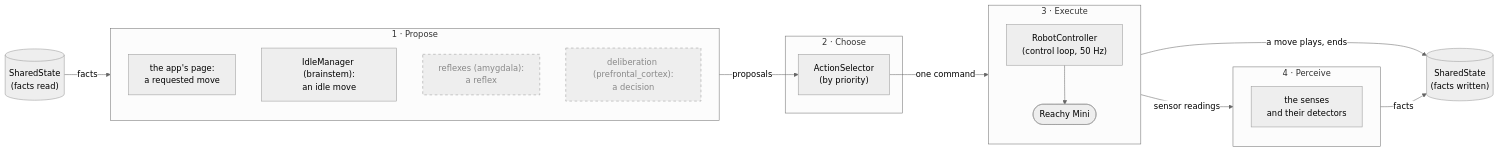
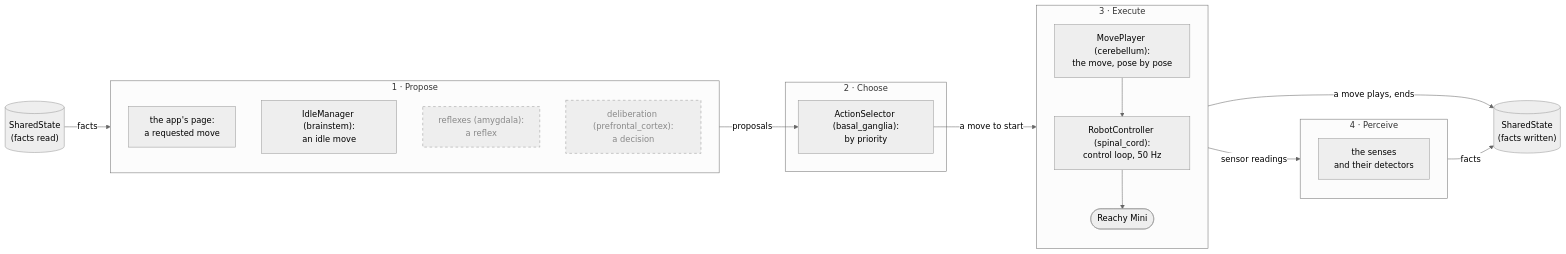
One commit to HTurlet15/reachy_alive changed the diagram in ARCHITECTURE.md. Above: the diagram before and after it, drawn with Mermaid (neutral theme). The commit also changed other lines of this file and 10 other files, not shown here.

````diff
--- a/ARCHITECTURE.md
+++ b/ARCHITECTURE.md
@@ -34,31 +34,31 @@
 ```mermaid
 flowchart LR
     subgraph decide["1 · Propose"]
         direction TB
         page["the app's page:<br/>a requested move"]
         idle["IdleManager (brainstem):<br/>an idle move"]
         reflexes["reflexes (amygdala):<br/>a reflex"]:::later
         cortex["deliberation (prefrontal_cortex):<br/>a decision"]:::later
     end
     subgraph choose["2 · Choose"]
-        selector["ActionSelector<br/>(by priority)"]
+        selector["ActionSelector (basal_ganglia):<br/>by priority"]
     end
     subgraph act["3 · Execute"]
         direction TB
-        controller["RobotController<br/>(control loop, 50 Hz)"] --> robot(["Reachy Mini"])
+        player["MovePlayer (cerebellum):<br/>the move, pose by pose"] --> controller["RobotController (spinal_cord):<br/>control loop, 50 Hz"] --> robot(["Reachy Mini"])
     end
     subgraph perceive["4 · Perceive"]
         senses["the senses<br/>and their detectors"]
     end
     state[("SharedState<br/>(facts written)")]
     stateRead[("SharedState<br/>(facts read)")]
 
     stateRead -->|facts| decide
     decide -->|proposals| selector
-    selector -->|one command| act
+    selector -->|a move to start| act
     act -->|sensor readings| perceive
     act -->|a move plays, ends| state
     perceive -->|facts| state
 
     classDef later stroke-dasharray: 5 5,color:#888
 ```
````
